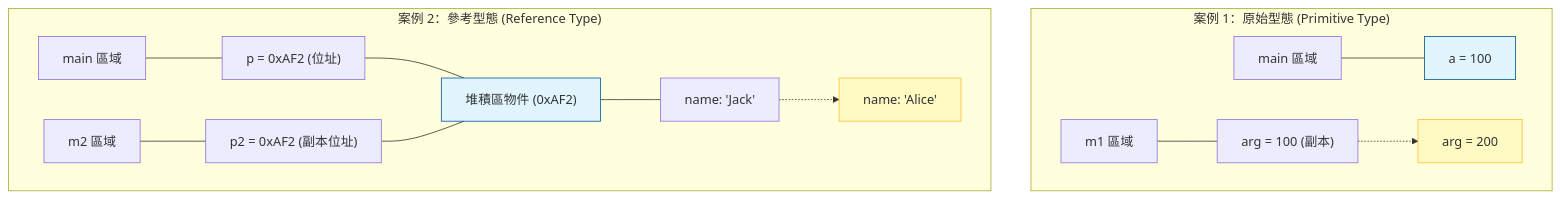
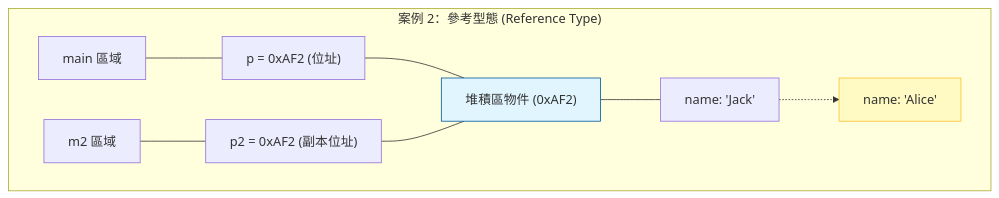
One commit to nlhsueh/teach_sw_fw changed the second of 5 diagrams in Part1-OOP/ch01_obp.md. Above: the diagram before and after it, drawn with Mermaid. The commit also changed other lines of this file, not shown here.

Commit message:
Optimize Pass by Value diagrams and add Encapsulation visualization in Ch01

````diff
--- a/Part1-OOP/ch01_obp.md
+++ b/Part1-OOP/ch01_obp.md
@@ -611,23 +623,14 @@
 ```mermaid
-graph TD
-    subgraph "案例 1：原始型態 (Primitive Type)"
-        direction LR
-        main1["main 區域"] --- a["a = 100"]
-        m1["m1 區域"] --- arg["arg = 100 (副本)"]
-        arg -.-> arg_new["arg = 200"]
-        style a fill:#e1f5fe,stroke:#01579b
-        style arg_new fill:#fff9c4,stroke:#fbc02d
-    end
-
+graph LR
     subgraph "案例 2：參考型態 (Reference Type)"
         direction LR
         main2["main 區域"] --- p["p = 0xAF2 (位址)"]
         m2["m2 區域"] --- p2["p2 = 0xAF2 (副本位址)"]
         p --- heap["堆積區物件 (0xAF2)"]
         p2 --- heap
         heap --- name["name: 'Jack'"]
         name -.-> name_new["name: 'Alice'"]
         style name_new fill:#fff9c4,stroke:#fbc02d
         style heap fill:#e1f5fe,stroke:#01579b
     end
 ```
````
